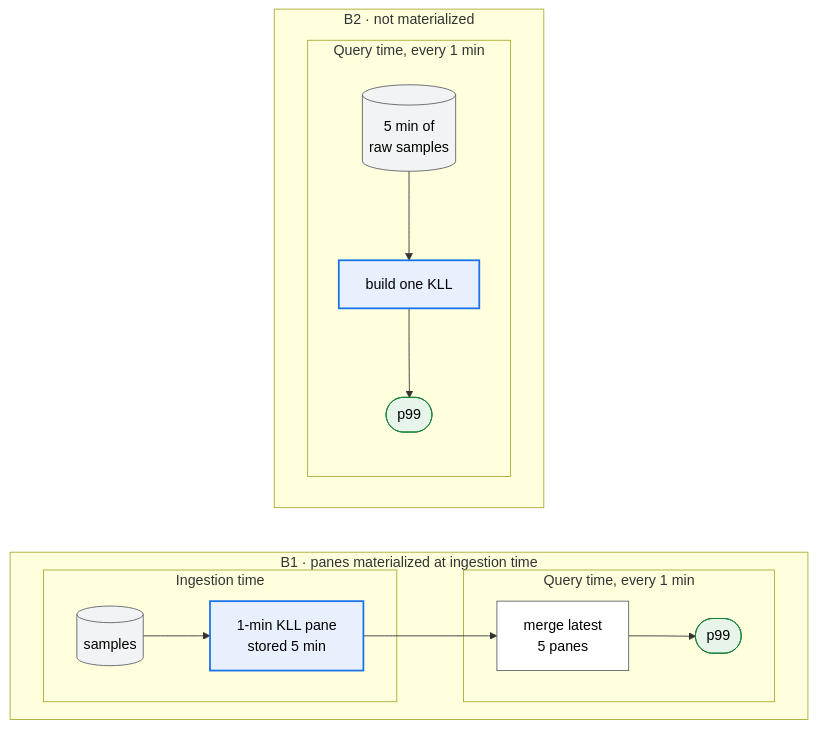
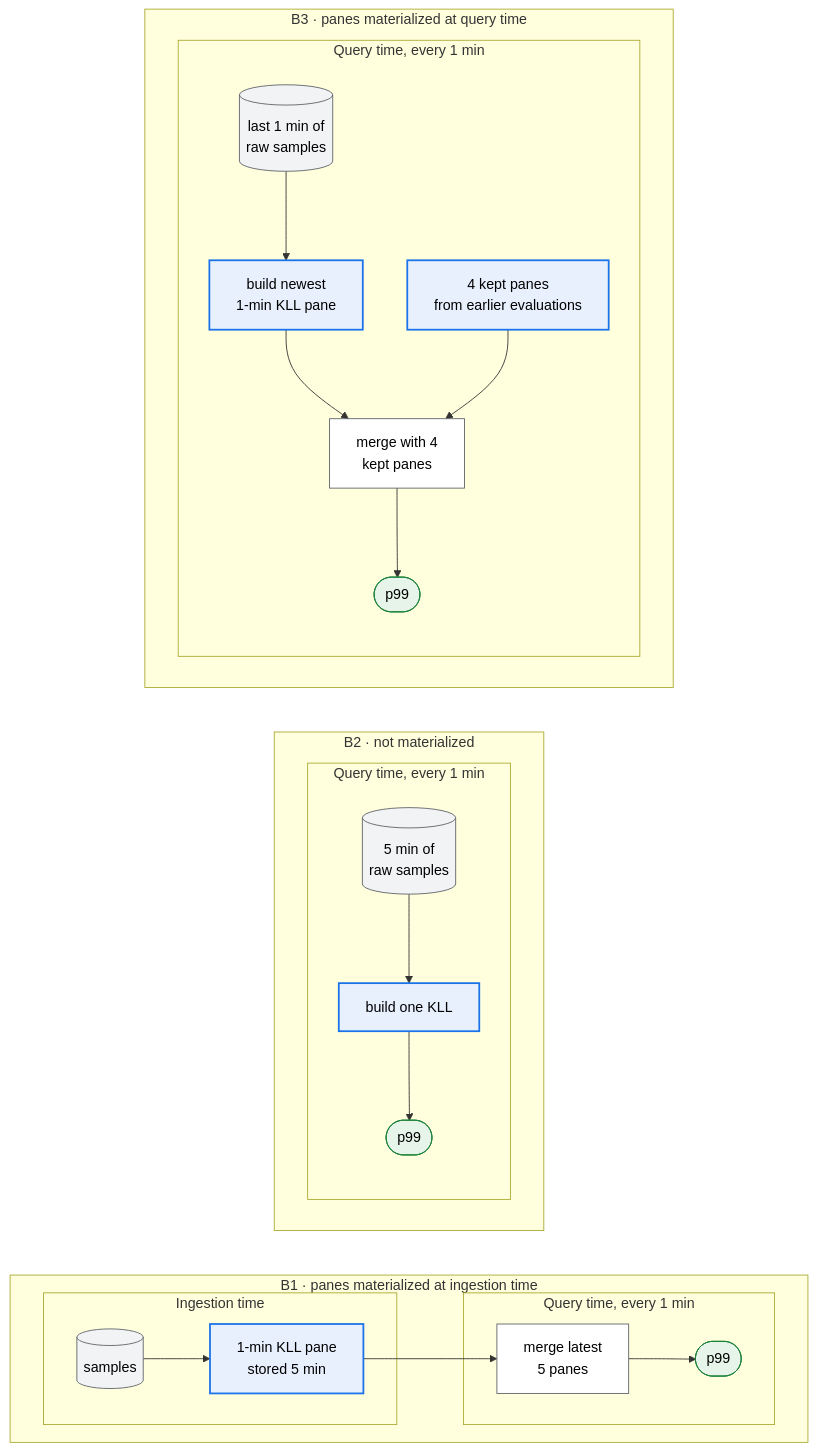
The tenth of 10 diagrams in docs/design_docs/proposals/planner-layering.md (ProjectASAP/ASAPPlanner), drawn with Mermaid before and after one commit. The commit also changed other lines of this file, not shown here.

````diff
--- a/docs/design_docs/proposals/planner-layering.md
+++ b/docs/design_docs/proposals/planner-layering.md
@@ -864,23 +859,30 @@
 ```mermaid
 flowchart LR
   subgraph B1["B1 · panes materialized at ingestion time"]
     direction LR
     subgraph B1I["Ingestion time"]
       s1[("samples")]:::data --> p1["1-min KLL pane<br/>stored 5 min"]:::summary
     end
     subgraph B1Q["Query time, every 1 min"]
       g1["merge latest<br/>5 panes"]:::exact --> r1(["p99"]):::estimate
     end
     p1 --> g1
   end
   subgraph B2["B2 · not materialized"]
     direction LR
     subgraph B2Q["Query time, every 1 min"]
       s2[("5 min of<br/>raw samples")]:::data --> k2["build one KLL"]:::summary --> r2(["p99"]):::estimate
     end
   end
+  subgraph B3["B3 · panes materialized at query time"]
+    direction LR
+    subgraph B3Q["Query time, every 1 min"]
+      s5[("last 1 min of<br/>raw samples")]:::data --> k5["build newest<br/>1-min KLL pane"]:::summary --> g5["merge with 4<br/>kept panes"]:::exact --> r5(["p99"]):::estimate
+      kp["4 kept panes<br/>from earlier evaluations"]:::summary --> g5
+    end
+  end
   classDef data fill:#f1f3f4,stroke:#5f6368,color:#000;
   classDef exact fill:#fff,stroke:#5f6368,color:#000;
   classDef summary fill:#e8f0fe,stroke:#1a73e8,stroke-width:2px,color:#000;
   classDef estimate fill:#e6f4ea,stroke:#188038,color:#000;
 ```
````
